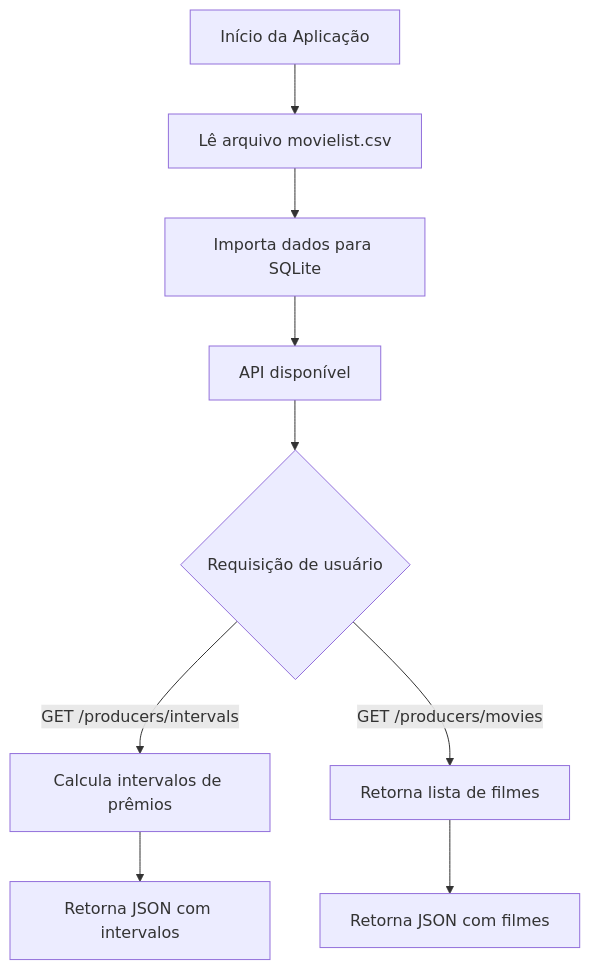
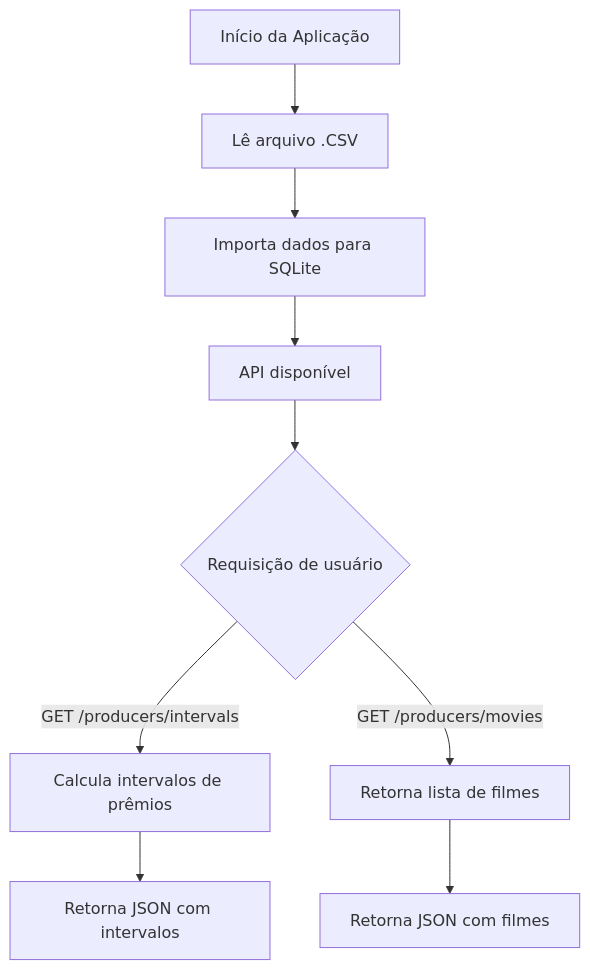
The diagram in README.md (MarcosHoppee/desafio-nodejs-Outsera), drawn with Mermaid before and after one commit. The commit also changed other lines of this file, not shown here.

Commit message:
add diagram in readme

````diff
--- a/README.md
+++ b/README.md
@@ -31,11 +43,11 @@
 ```mermaid
 flowchart TD
-   A[Início da Aplicação] --> B[Lê arquivo movielist.csv]
+   A[Início da Aplicação] --> B[Lê arquivo .CSV]
    B --> C[Importa dados para SQLite]
    C --> D[API disponível]
    D --> E{Requisição de usuário}
    E -->|GET /producers/intervals| F[Calcula intervalos de prêmios]
    E -->|GET /producers/movies| G[Retorna lista de filmes]
    F --> H[Retorna JSON com intervalos]
    G --> I[Retorna JSON com filmes]
 ```
````
